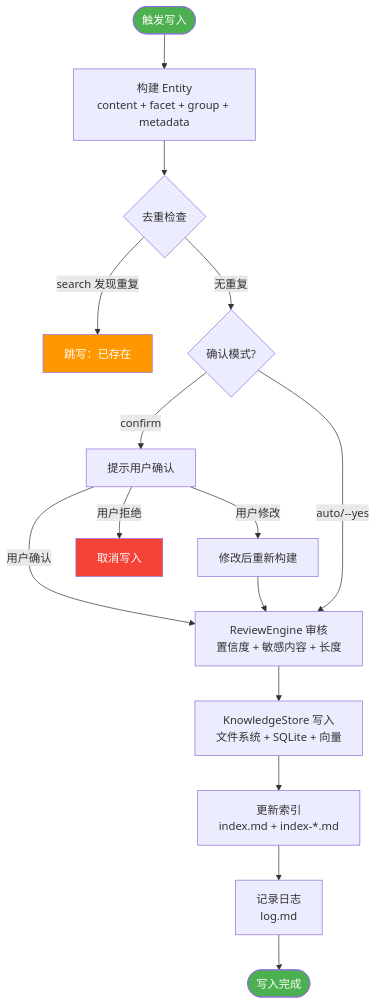
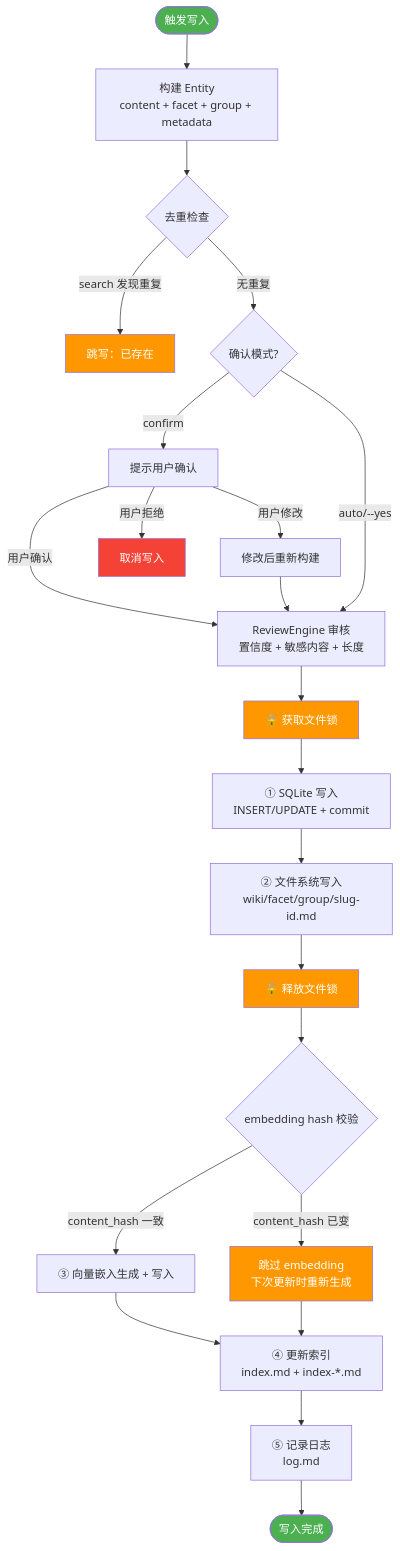
One commit to xinovate/linglong-knowledge changed the second of 3 diagrams in docs/knowledge/design/03-write-path.md. Above: the diagram before and after it, drawn with Mermaid. The commit also changed other lines of this file and 2 other files, not shown here.

First line of the commit message:
feat(knowledge): DB先行写入 + embedding hash守卫 + kb sync

````diff
--- a/docs/knowledge/design/03-write-path.md
+++ b/docs/knowledge/design/03-write-path.md
@@ -146,29 +146,41 @@
 ```mermaid
 flowchart TD
     Start([触发写入]) --> Build["构建 Entity<br/>content + facet + group + metadata"]
 
     Build --> Check{去重检查}
     Check -->|search 发现重复| Skip["跳写：已存在"]
     Check -->|无重复| Confirm{确认模式?}
 
     Confirm -->|confirm| Ask["提示用户确认"]
     Confirm -->|auto/--yes| Review
 
     Ask -->|用户确认| Review
     Ask -->|用户拒绝| Cancel["取消写入"]
     Ask -->|用户修改| Modify["修改后重新构建"]
 
     Modify --> Review
 
     Review["ReviewEngine 审核<br/>置信度 + 敏感内容 + 长度"]
-    Review --> Store["KnowledgeStore 写入<br/>文件系统 + SQLite + 向量"]
+    Review --> Lock["🔒 获取文件锁"]
 
-    Store --> Index["更新索引<br/>index.md + index-*.md"]
-    Index --> Log["记录日志<br/>log.md"]
+    Lock --> DB["① SQLite 写入<br/>INSERT/UPDATE + commit"]
+    DB --> File["② 文件系统写入<br/>wiki/facet/group/slug-id.md"]
+    File --> ReleaseLock["🔓 释放文件锁"]
+
+    ReleaseLock --> EmbedGuard{embedding hash 校验}
+    EmbedGuard -->|content_hash 一致| Embed["③ 向量嵌入生成 + 写入"]
+    EmbedGuard -->|content_hash 已变| EmbedSkip["跳过 embedding<br/>下次更新时重新生成"]
+
+    Embed --> Index["④ 更新索引<br/>index.md + index-*.md"]
+    EmbedSkip --> Index
+    Index --> Log["⑤ 记录日志<br/>log.md"]
     Log --> Done([写入完成])
 
     style Start fill:#4CAF50,color:#fff
     style Done fill:#4CAF50,color:#fff
     style Skip fill:#FF9800,color:#fff
     style Cancel fill:#F44336,color:#fff
+    style Lock fill:#FF9800,color:#fff
+    style ReleaseLock fill:#FF9800,color:#fff
+    style EmbedSkip fill:#FF9800,color:#fff
 ```
````
